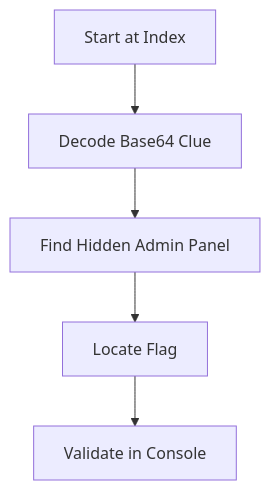
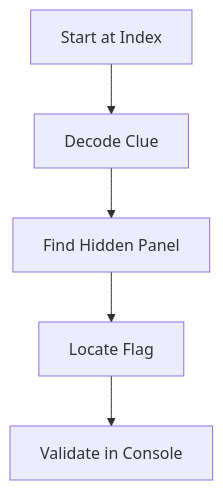
One commit to SKumar8080/Dark-Vault changed the diagram in README.md. Above: the diagram before and after it, drawn with Mermaid. The commit also changed other lines of this file, not shown here.

````diff
--- a/README.md
+++ b/README.md
@@ -30,7 +30,7 @@
 ```mermaid
 graph TD
-    A[Start at Index] --> B[Decode Base64 Clue]
-    B --> C[Find Hidden Admin Panel]
+    A[Start at Index] --> B[Decode Clue]
+    B --> C[Find Hidden Panel]
     C --> D[Locate Flag]
     D --> E[Validate in Console]
 ```
````
